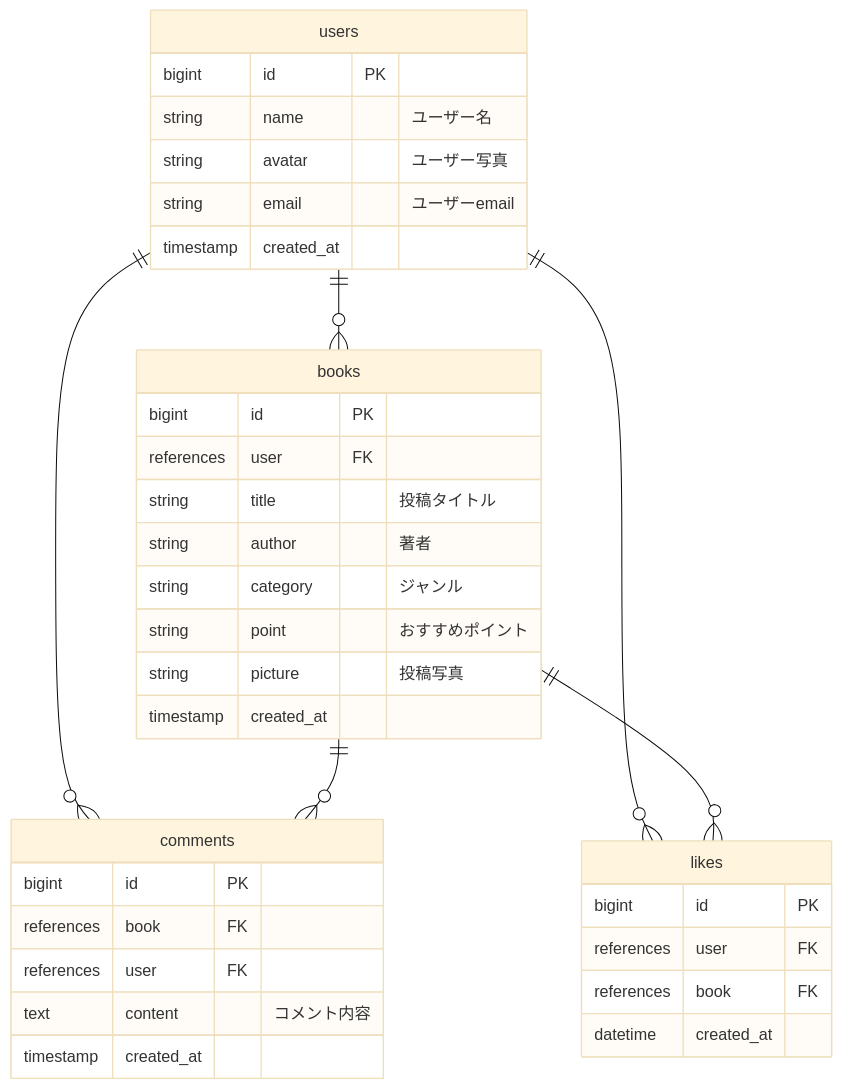
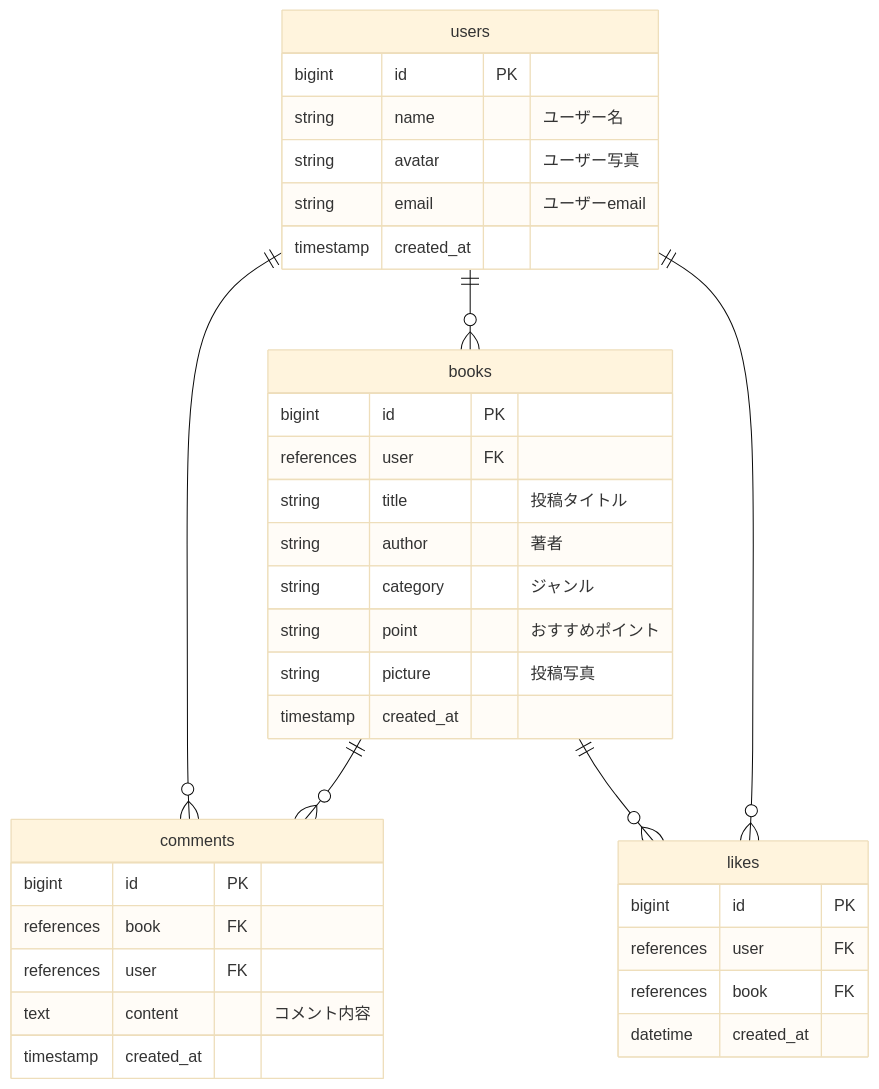
One commit to Shigegenobu/book-town changed the second of 2 diagrams in README.md. Above: the diagram before and after it, drawn with Mermaid (base theme). The commit also changed other lines of this file, not shown here.

````diff
--- a/README.md
+++ b/README.md
@@ -70,44 +70,44 @@
 ```mermaid
 erDiagram
 
   users ||--o{ books : ""
   users ||--o{ comments: ""
   books ||--o{ comments: ""
 
   users {
     bigint id PK
     string name "ユーザー名"
     string avatar "ユーザー写真"
     string email "ユーザーemail"
     timestamp created_at
   }
 
   books {
     bigint id PK
     references user FK
     string title "投稿タイトル"
     string author "著者"
     string category "ジャンル"
     string point "おすすめポイント"
     string picture "投稿写真"
     timestamp created_at
   }
 
   comments {
     bigint id PK
     references book FK
     references user FK
     text content "コメント内容"
     timestamp created_at
   }
 
+  books ||--o{ likes : ""
   users ||--o{ likes : ""
-  books ||--o{ likes : ""
 
   likes {
     bigint id PK
     references user FK
     references book FK
     datetime created_at
 }
 ```
````
